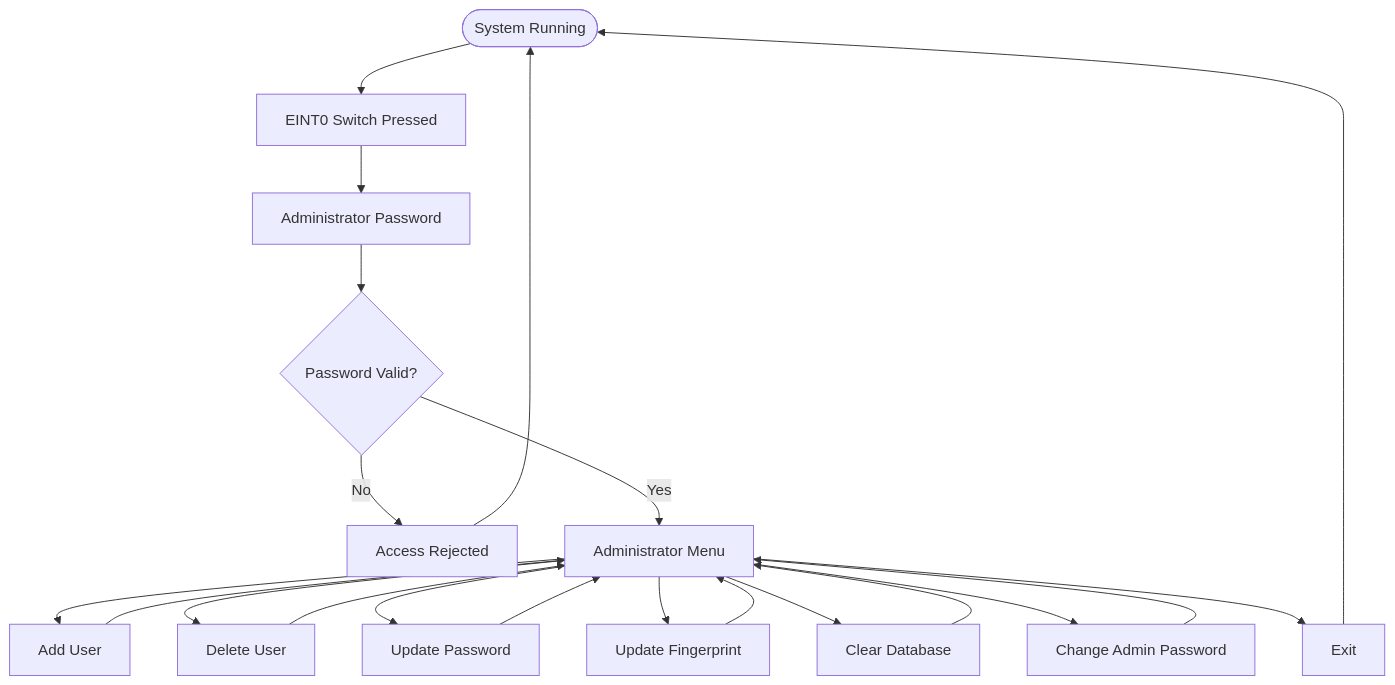
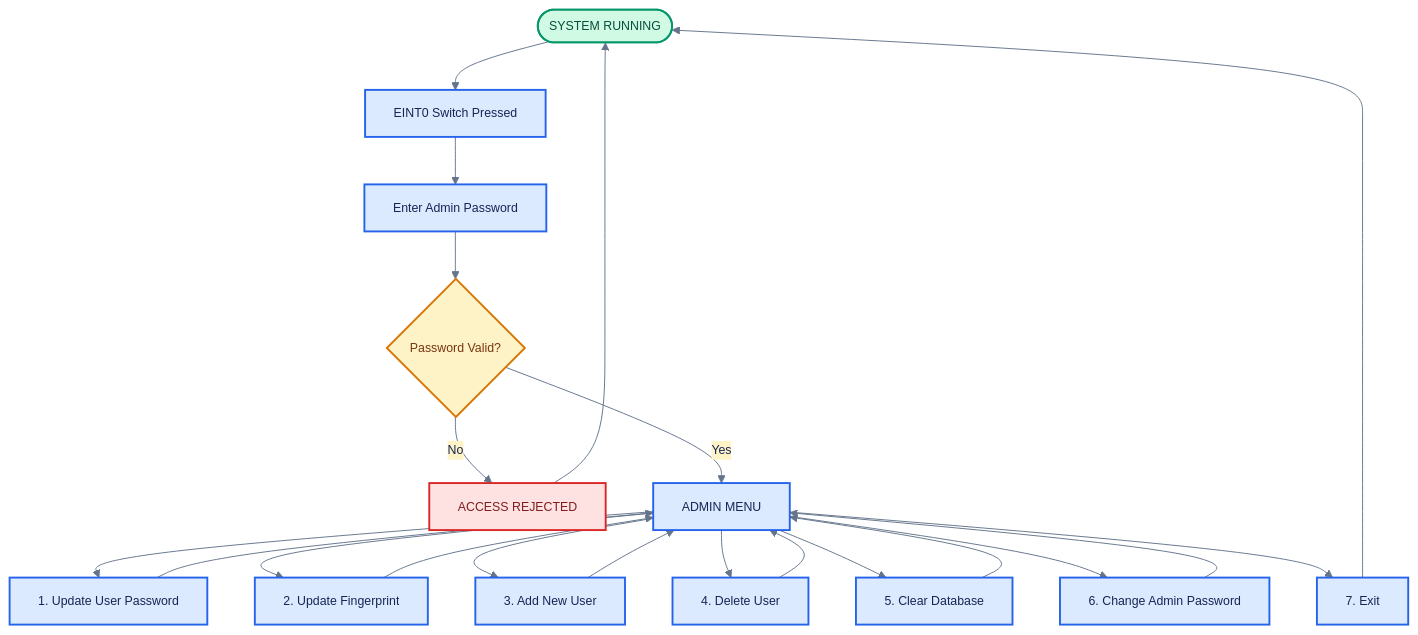
One commit to anilss1812/SecureGate-Pro-Intelligent-Multi-Level-Biometric-Access-Control-and-Intrusion-Prevention-System changed the third of 3 diagrams in README.md. Above: the diagram before and after it, drawn with Mermaid. The commit also changed other lines of this file, not shown here.

````diff
--- a/README.md
+++ b/README.md
@@ -183,27 +168,38 @@
 ```mermaid
+%%{init: {'theme':'base','themeVariables':{'primaryColor':'#dbeafe','primaryTextColor':'#172554','primaryBorderColor':'#2563eb','lineColor':'#64748b','secondaryColor':'#fef3c7','tertiaryColor':'#d1fae5','fontSize':'13px'}}}%%
 flowchart TD
-    A([System Running]) --> B[EINT0 Switch Pressed]
-    B --> C[Administrator Password]
-    C --> D{Password Valid?}
+    A(["SYSTEM RUNNING"]) --> B["EINT0 Switch Pressed"]
+    B --> C["Enter Admin Password"]
+    C --> D{"Password Valid?"}
 
-    D -- No --> E[Access Rejected]
-    D -- Yes --> F[Administrator Menu]
+    D -->|No| E["ACCESS REJECTED"]
+    D -->|Yes| F["ADMIN MENU"]
 
-    F --> G[Add User]
-    F --> H[Delete User]
-    F --> I[Update Password]
-    F --> J[Update Fingerprint]
-    F --> K[Clear Database]
-    F --> L[Change Admin Password]
-    F --> M[Exit]
+    F --> G["1. Update User Password"]
+    F --> H["2. Update Fingerprint"]
+    F --> I["3. Add New User"]
+    F --> J["4. Delete User"]
+    F --> K["5. Clear Database"]
+    F --> L["6. Change Admin Password"]
+    F --> M["7. Exit"]
 
     G --> F
     H --> F
     I --> F
     J --> F
     K --> F
     L --> F
 
     E --> A
     M --> A
+
+    classDef process fill:#dbeafe,stroke:#2563eb,color:#172554,stroke-width:2px
+    classDef decision fill:#fef3c7,stroke:#d97706,color:#78350f,stroke-width:2px
+    classDef success fill:#d1fae5,stroke:#059669,color:#064e3b,stroke-width:2px
+    classDef failure fill:#fee2e2,stroke:#dc2626,color:#7f1d1d,stroke-width:2px
+
+    class B,C,F,G,H,I,J,K,L,M process
+    class D decision
+    class A success
+    class E failure
 ```
````
